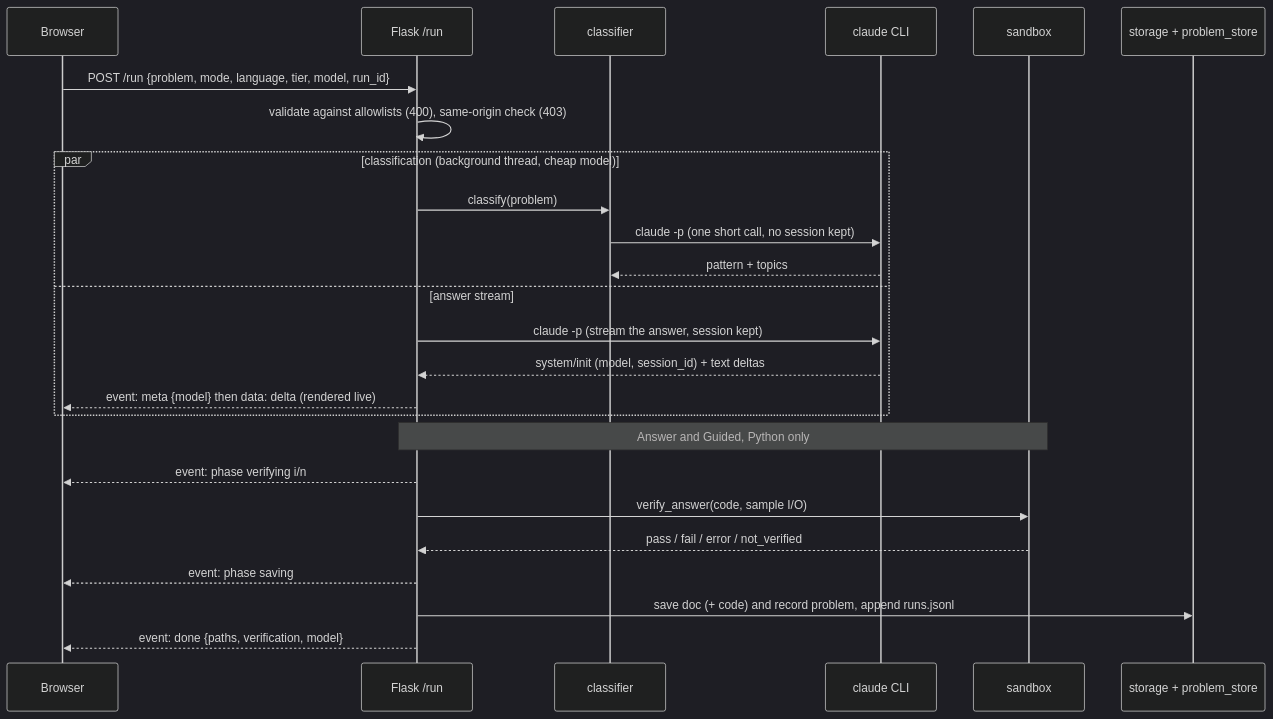
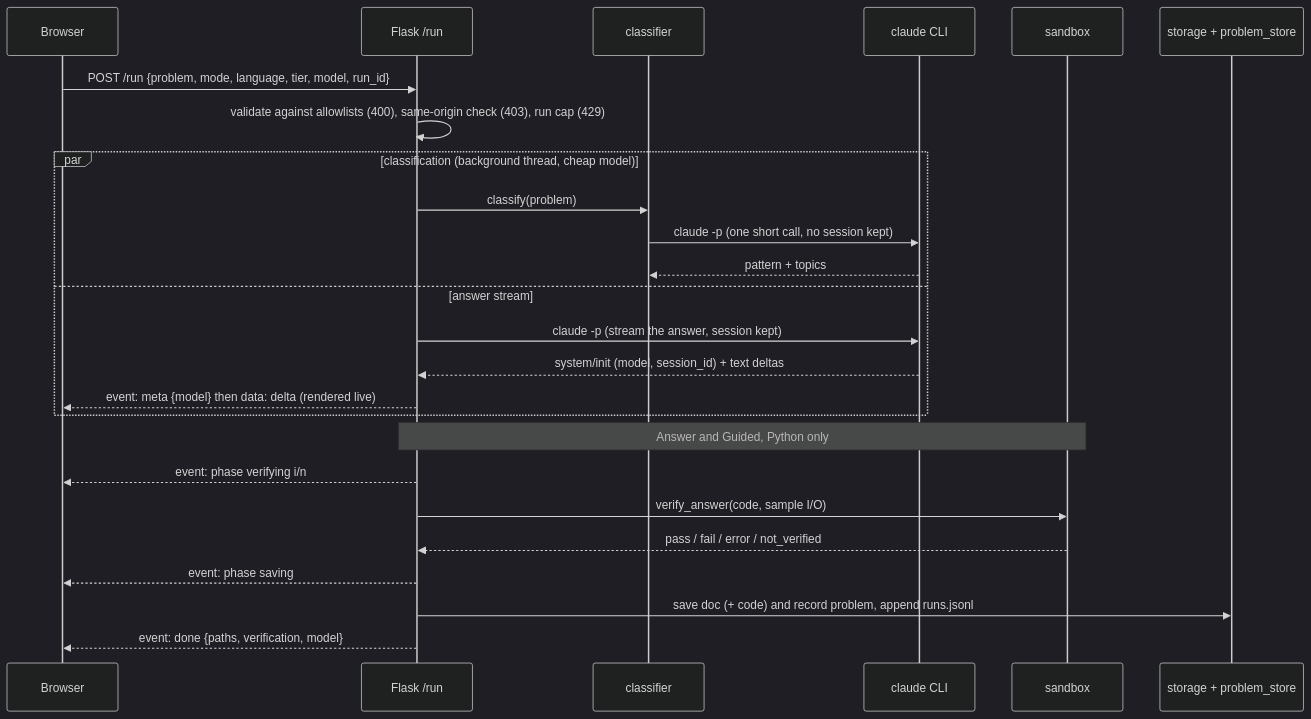
Before and after one commit to yib7/LeetCoach: the second of 2 diagrams in docs/ARCHITECTURE.md, drawn with Mermaid (dark theme). The commit also changed other lines of this file and 2 other files, not shown here.

Commit message:
docs: record the Phase 4 security fixes in CHANGELOG 1.5.0, SECURITY.md and ARCHITECTURE

````diff
--- a/docs/ARCHITECTURE.md
+++ b/docs/ARCHITECTURE.md
@@ -80,28 +80,28 @@
 ```mermaid
 sequenceDiagram
     participant U as Browser
     participant F as Flask /run
     participant CL as classifier
     participant CC as claude CLI
     participant SB as sandbox
     participant ST as storage + problem_store
 
     U->>F: POST /run {problem, mode, language, tier, model, run_id}
-    F->>F: validate against allowlists (400), same-origin check (403)
+    F->>F: validate against allowlists (400), same-origin check (403), run cap (429)
     par classification (background thread, cheap model)
         F->>CL: classify(problem)
         CL->>CC: claude -p (one short call, no session kept)
         CC-->>CL: pattern + topics
     and answer stream
         F->>CC: claude -p (stream the answer, session kept)
         CC-->>F: system/init (model, session_id) + text deltas
         F-->>U: event: meta {model} then data: delta (rendered live)
     end
     Note over F,SB: Answer and Guided, Python only
     F-->>U: event: phase verifying i/n
     F->>SB: verify_answer(code, sample I/O)
     SB-->>F: pass / fail / error / not_verified
     F-->>U: event: phase saving
     F->>ST: save doc (+ code) and record problem, append runs.jsonl
     F-->>U: event: done {paths, verification, model}
 ```
````
